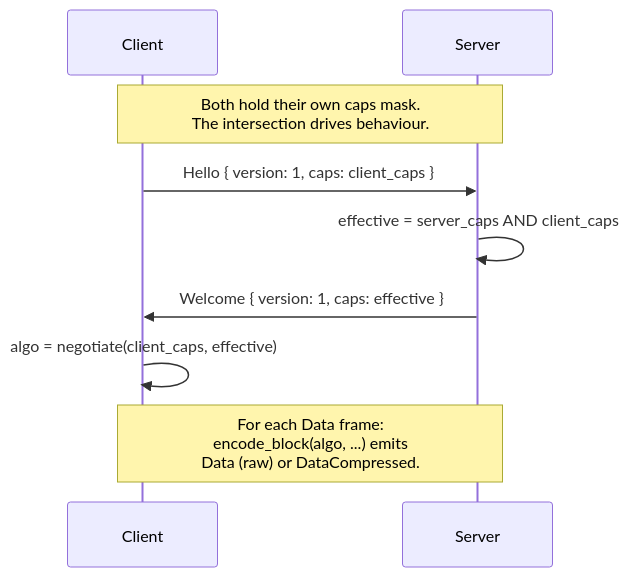
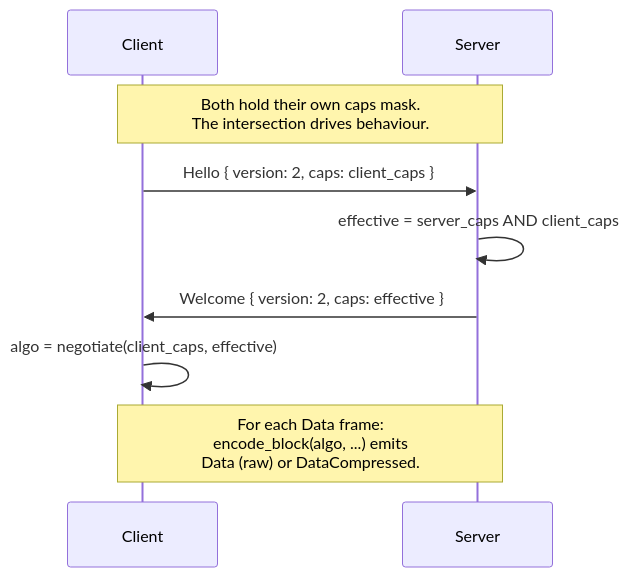
Before and after one commit to Bengerthelorf/bcmr: the first of 3 diagrams in docs/ablation/wire-protocol.md, drawn with Mermaid. The commit also changed other lines of this file and 5 other files, not shown here.

````diff
--- a/docs/ablation/wire-protocol.md
+++ b/docs/ablation/wire-protocol.md
@@ -44,11 +54,11 @@
 ```mermaid
 sequenceDiagram
     participant C as Client
     participant S as Server
     Note over C,S: Both hold their own caps mask.<br/>The intersection drives behaviour.
-    C->>S: Hello { version: 1, caps: client_caps }
+    C->>S: Hello { version: 2, caps: client_caps }
     S->>S: effective = server_caps AND client_caps
-    S->>C: Welcome { version: 1, caps: effective }
+    S->>C: Welcome { version: 2, caps: effective }
     C->>C: algo = negotiate(client_caps, effective)
     Note over C,S: For each Data frame:<br/>encode_block(algo, ...) emits<br/>Data (raw) or DataCompressed.
 ```
````
